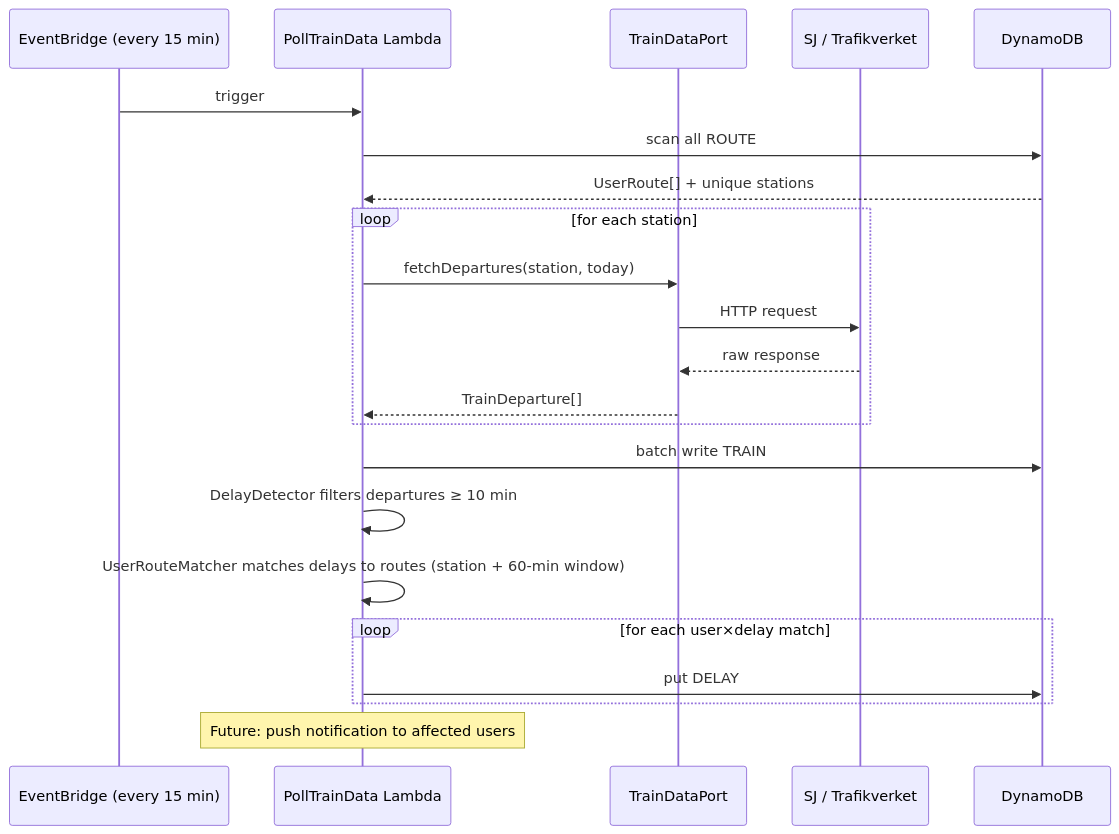
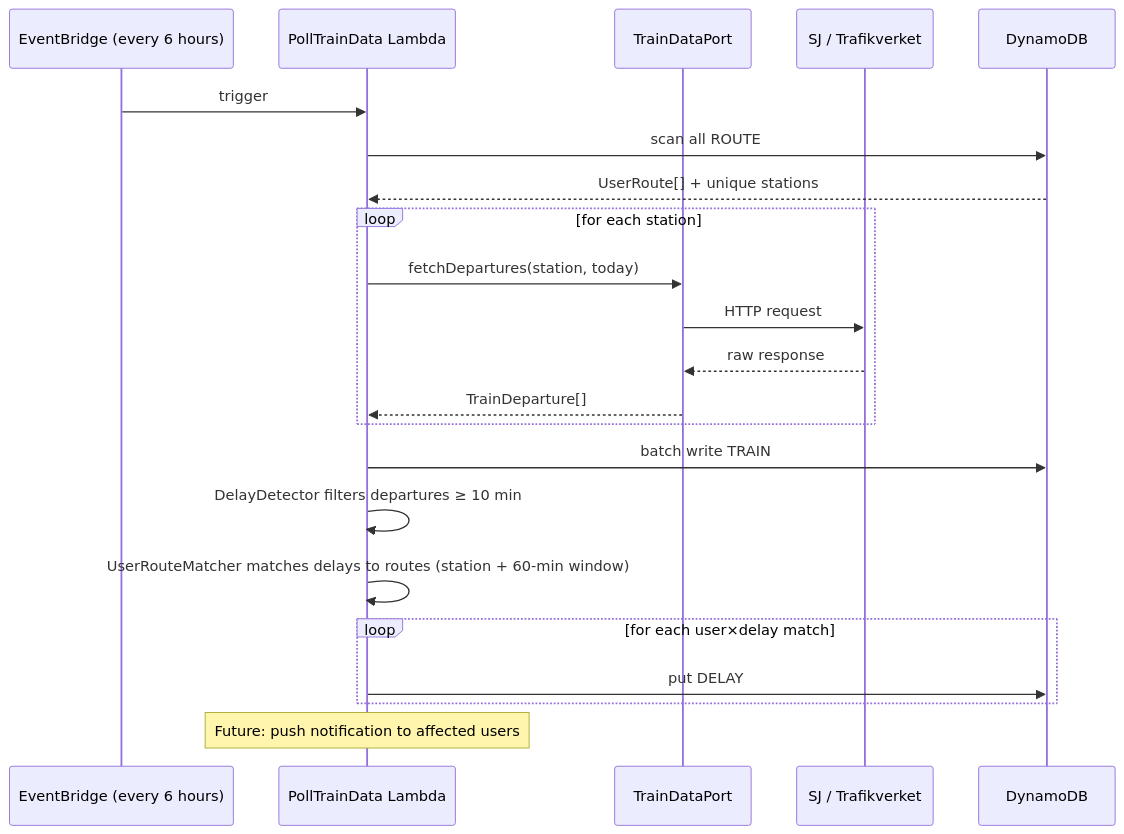
The third of 3 diagrams in docs/architecture.md (hanng00/tagstrul), drawn with Mermaid before and after one commit. The commit also changed other lines of this file and 34 other files, not shown here.

````diff
--- a/docs/architecture.md
+++ b/docs/architecture.md
@@ -314,29 +315,29 @@
 ```mermaid
 sequenceDiagram
-    participant EB as EventBridge (every 15 min)
+    participant EB as EventBridge (every 6 hours)
     participant Poll as PollTrainData Lambda
     participant Adapter as TrainDataPort
     participant SJ as SJ / Trafikverket
     participant DB as DynamoDB
 
     EB->>Poll: trigger
     Poll->>DB: scan all ROUTE# items (all users)
     DB-->>Poll: UserRoute[] + unique stations
 
     loop for each station
         Poll->>Adapter: fetchDepartures(station, today)
         Adapter->>SJ: HTTP request
         SJ-->>Adapter: raw response
         Adapter-->>Poll: TrainDeparture[]
     end
 
     Poll->>DB: batch write TRAIN# snapshots (audit trail)
     Poll->>Poll: DelayDetector filters departures ≥ 10 min
     Poll->>Poll: UserRouteMatcher matches delays to routes (station + 60-min window)
 
     loop for each user×delay match
         Poll->>DB: put DELAY# item (conditional: skip if exists)
     end
 
     Note over Poll: Future: push notification to affected users
 ```
````
